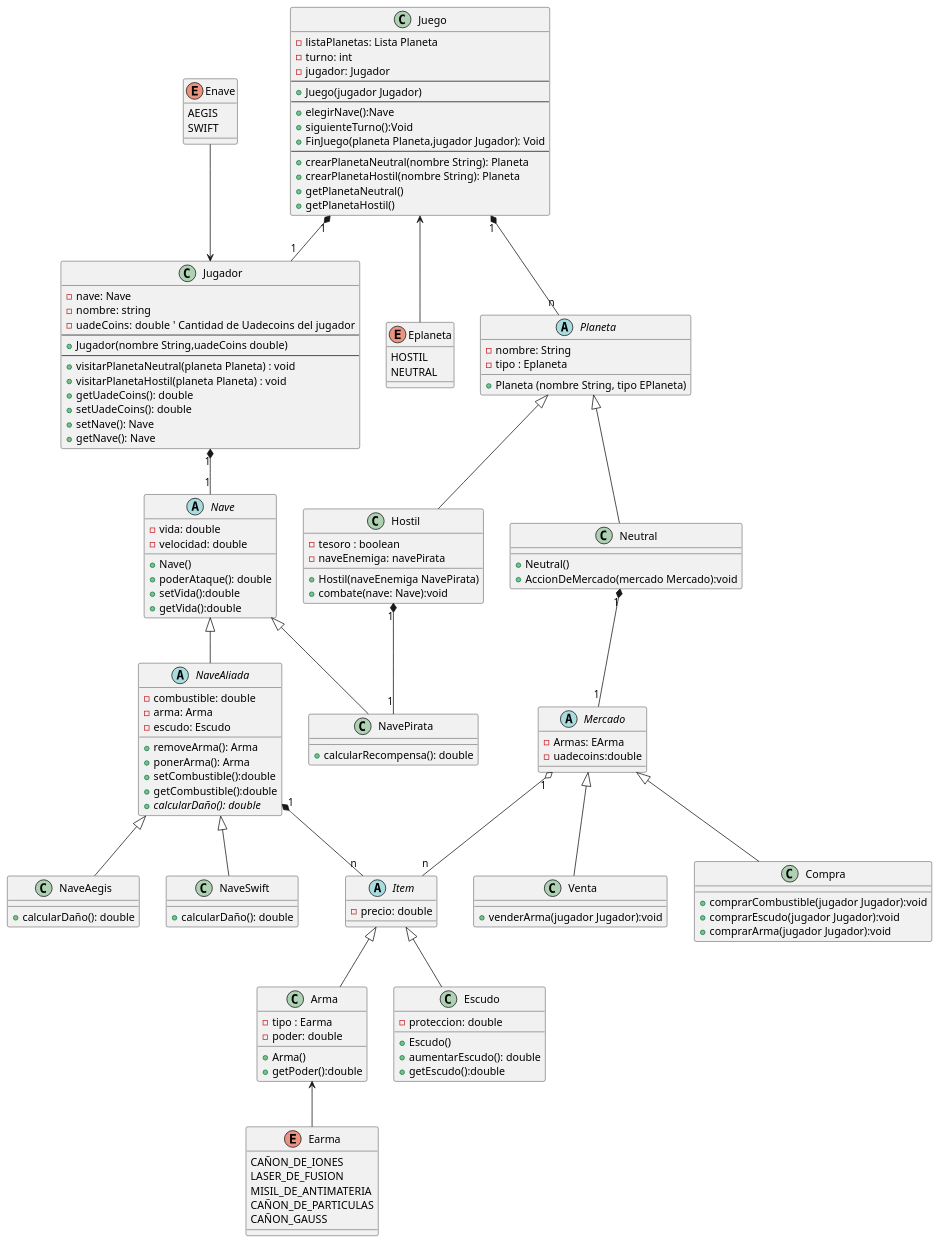
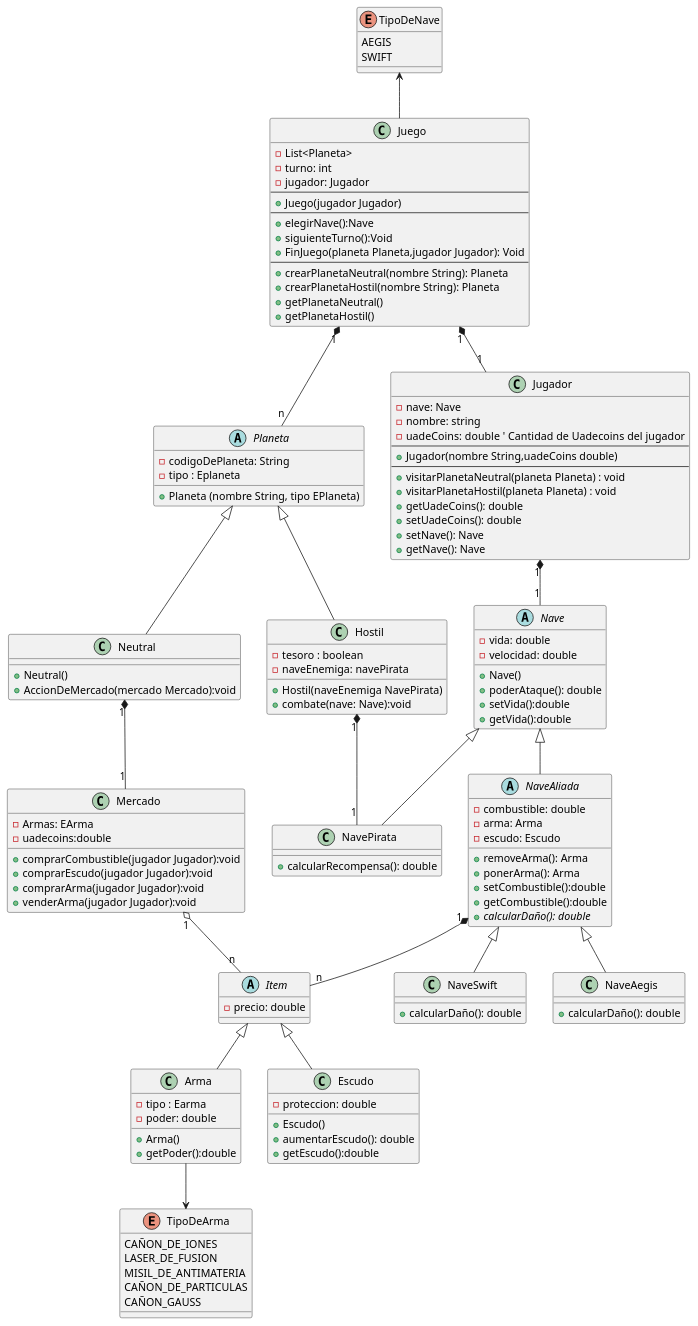
The diagram in src/TPO_classDiagram/TPO_ClassDiagram.puml (ianlio-git/LostGalaxy), drawn with PlantUML before and after one commit. The commit also changed 1 other file, not shown here.

Commit message:
Diagrama de clases modificado

```diff
--- a/src/TPO_classDiagram/TPO_ClassDiagram.puml
+++ b/src/TPO_classDiagram/TPO_ClassDiagram.puml
@@ -3,145 +1,138 @@
 @startuml
 'class Juego
-Enave --> Jugador
-enum Enave{
+TipoDeNave <-- Juego
+enum TipoDeNave{
     AEGIS
     SWIFT
 }
-Juego <-- Eplaneta
-enum Eplaneta{
-    HOSTIL
-    NEUTRAL
-}
-Arma <-- Earma
-enum Earma{
+Arma --> TipoDeArma
+enum TipoDeArma{
    CAÑON_DE_IONES
    LASER_DE_FUSION
    MISIL_DE_ANTIMATERIA
    CAÑON_DE_PARTICULAS
    CAÑON_GAUSS
 }
 Juego "1" *-- "n" Planeta
 Juego "1" *-- "1" Jugador
 class Juego {
-    - listaPlanetas: Lista Planeta
+    - List<Planeta>
     - turno: int
     - jugador: Jugador
     --
     + Juego(jugador Jugador)
     --
     + elegirNave():Nave
     + siguienteTurno():Void
     + FinJuego(planeta Planeta,jugador Jugador): Void
     --
     + crearPlanetaNeutral(nombre String): Planeta
     + crearPlanetaHostil(nombre String): Planeta
     + getPlanetaNeutral()
     + getPlanetaHostil()
 }
 Jugador "1" *-- "1" Nave
 'class Jugador
 class Jugador {
     - nave: Nave
     - nombre: string
     - uadeCoins: double  ' Cantidad de Uadecoins del jugador
     --
     + Jugador(nombre String,uadeCoins double)
     --
     + visitarPlanetaNeutral(planeta Planeta) : void
     + visitarPlanetaHostil(planeta Planeta) : void
     + getUadeCoins(): double
     + setUadeCoins(): double
     + setNave(): Nave
     + getNave(): Nave
 }
 
 'class Nave
 abstract class Nave {
     - vida: double
     - velocidad: double
     + Nave()
     + poderAtaque(): double
     + setVida():double
     + getVida():double
 }
 abstract class NaveAliada extends Nave{
  - combustible: double
  - arma: Arma
  - escudo: Escudo
  + removeArma(): Arma
  + ponerArma(): Arma
  + setCombustible():double
  + getCombustible():double
  + {abstract} calcularDaño(): double
 }
 ' Clase para Nave Aegis
 class NaveAegis extends NaveAliada{
 + calcularDaño(): double
 }
 ' Clase para Nave Swift
 class NaveSwift extends NaveAliada {
 + calcularDaño(): double
 }
 NaveAliada "1"*--"n" Item
 abstract class Item{
 - precio: double
 
 }
 'class Arma
 class Arma extends Item{
     - tipo : Earma
     - poder: double
     + Arma()
     + getPoder():double
 }
 
 'class Escudo
 class Escudo extends Item {
     - proteccion: double
     + Escudo()
     + aumentarEscudo(): double
     + getEscudo():double
 }
 Hostil "1"*--"1" NavePirata
 'class Enemigo
 class NavePirata extends Nave {
     + calcularRecompensa(): double
 }
 
 'class Planeta
 
 Neutral "1"*--"1" Mercado
 abstract class Planeta {
-    - nombre: String
+    - codigoDePlaneta: String
     - tipo : Eplaneta
     + Planeta (nombre String, tipo EPlaneta)
 }
 
 'class Mercado
 class Neutral extends Planeta{
     + Neutral()
     + AccionDeMercado(mercado Mercado):void
 }
 Mercado "1" o-- "n" Item
-Abstract class Mercado {
+class Mercado {
     -Armas: EArma
     -uadecoins:double
-}
-class Venta extends Mercado{
-    + venderArma(jugador Jugador):void
-}
-class Compra extends Mercado{
     + comprarCombustible(jugador Jugador):void
     + comprarEscudo(jugador Jugador):void
     + comprarArma(jugador Jugador):void
+    + venderArma(jugador Jugador):void
+
 }
+
 'Subclase de Planeta: Hostil
 class Hostil extends Planeta{
     - tesoro : boolean
     - naveEnemiga: navePirata
     + Hostil(naveEnemiga NavePirata)
     + combate(nave: Nave):void
 }
 
 
 @enduml
```
